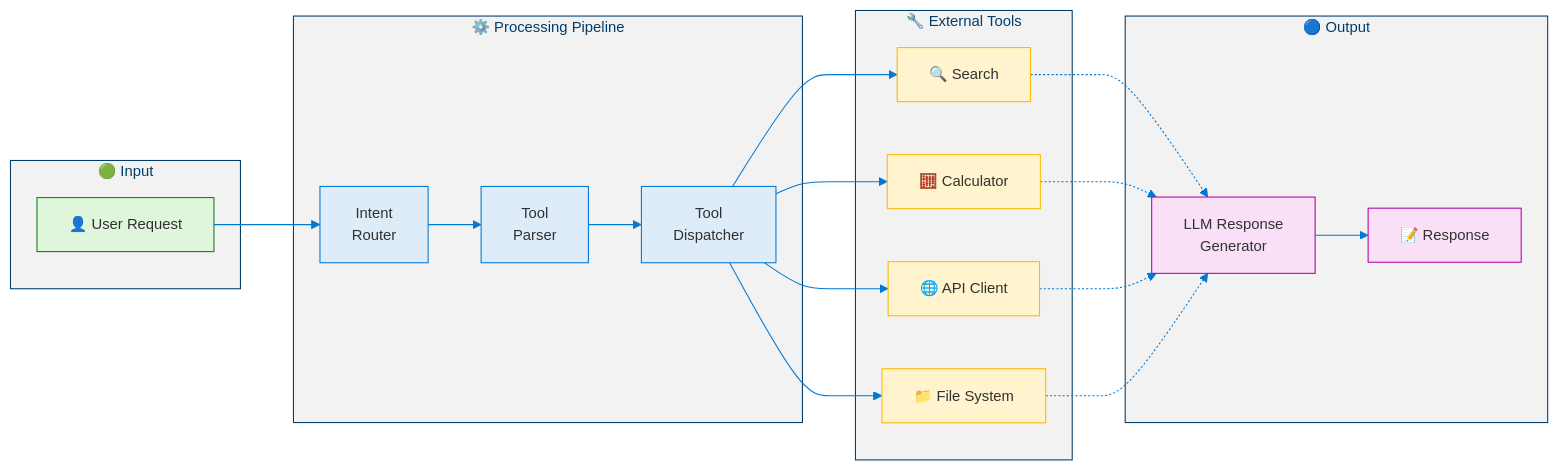
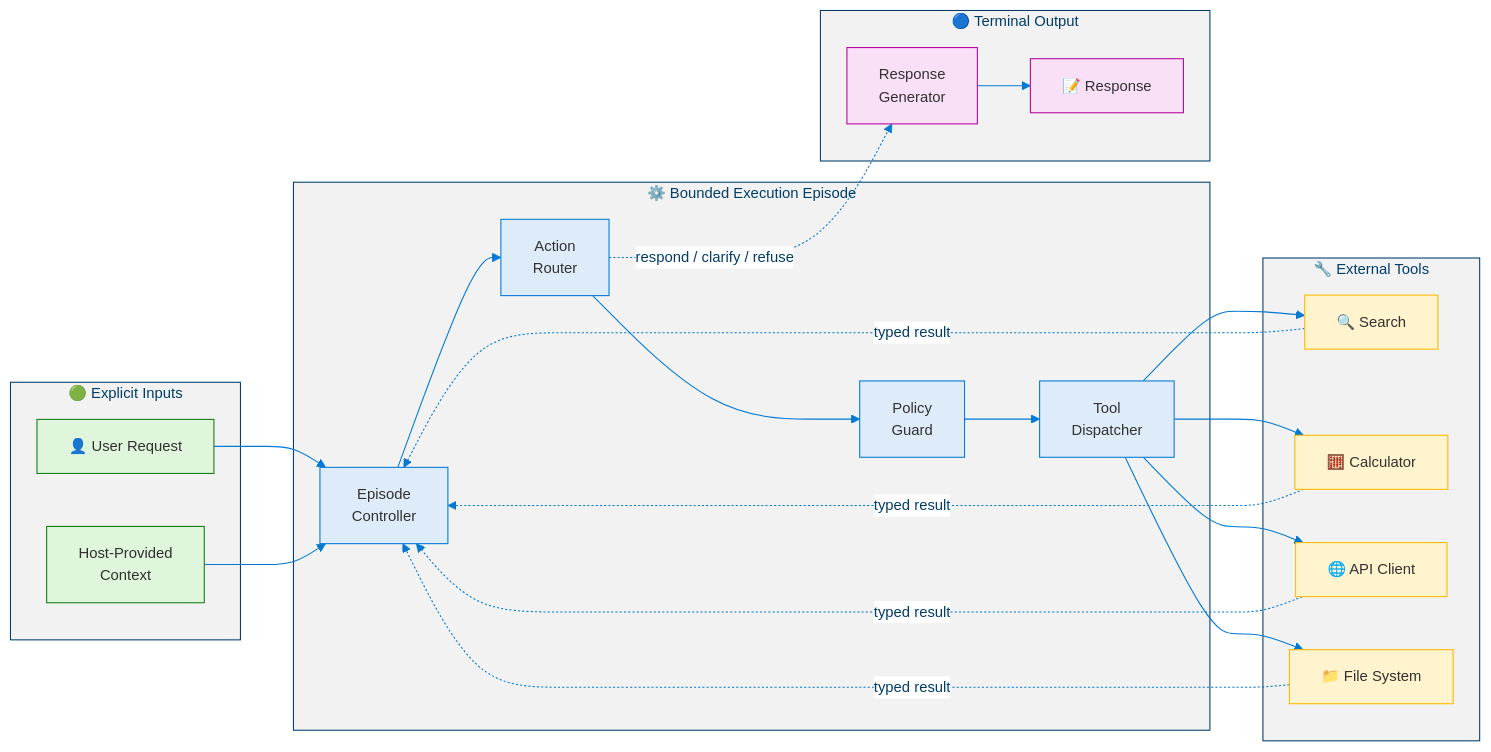
Before and after one commit to dotnetpower/mscp: the first of 7 diagrams in docs/levels/Level_1_Tool_Agent.md, drawn with Mermaid. The commit also changed other lines of this file and 21 other files, not shown here.

````diff
--- a/docs/levels/Level_1_Tool_Agent.md
+++ b/docs/levels/Level_1_Tool_Agent.md
@@ -109,40 +123,43 @@
 ```mermaid
 %%{init: {'theme': 'base', 'themeVariables': {'primaryColor': '#0078D4', 'primaryTextColor': '#003D6B', 'primaryBorderColor': '#003D6B', 'secondaryColor': '#50E6FF', 'secondaryTextColor': '#323130', 'secondaryBorderColor': '#00BCF2', 'tertiaryColor': '#F2F2F2', 'tertiaryTextColor': '#323130', 'lineColor': '#0078D4', 'textColor': '#323130', 'mainBkg': '#DEECF9', 'nodeBorder': '#0078D4', 'clusterBkg': '#F2F2F2', 'clusterBorder': '#003D6B', 'titleColor': '#003D6B', 'edgeLabelBackground': '#FFFFFF', 'fontSize': '14px'}}}%%
 flowchart LR
   classDef input fill:#107C10,stroke:#085108,color:#FFF
   classDef inputLight fill:#DFF6DD,stroke:#107C10,color:#323130
   classDef process fill:#0078D4,stroke:#003D6B,color:#FFF
   classDef processLight fill:#DEECF9,stroke:#0078D4,color:#323130
   classDef tool fill:#FFB900,stroke:#CC9400,color:#323130
   classDef toolLight fill:#FFF4CE,stroke:#FFB900,color:#323130
   classDef output fill:#B4009E,stroke:#8A0076,color:#FFF
   classDef outputLight fill:#F9E0F7,stroke:#B4009E,color:#323130
 
-  subgraph Input["🟢 Input"]
+  subgraph Input["🟢 Explicit Inputs"]
     U["👤 User Request"]:::inputLight
+    C["Host-Provided<br/>Context"]:::inputLight
   end
 
-  subgraph Processing["⚙️ Processing Pipeline"]
-    IR["Intent<br/>Router"]:::processLight
-    TP["Tool<br/>Parser"]:::processLight
+  subgraph Processing["⚙️ Bounded Execution Episode"]
+    EC["Episode<br/>Controller"]:::processLight
+    AR["Action<br/>Router"]:::processLight
+    PG["Policy<br/>Guard"]:::processLight
     TD["Tool<br/>Dispatcher"]:::processLight
-    IR --> TP --> TD
+    EC --> AR --> PG --> TD
   end
 
   subgraph Tools["🔧 External Tools"]
     T1["🔍 Search"]:::toolLight
     T2["🧮 Calculator"]:::toolLight
     T3["🌐 API Client"]:::toolLight
     T4["📁 File System"]:::toolLight
   end
 
-  subgraph Output["🔵 Output"]
-    LLM["LLM Response<br/>Generator"]:::outputLight
+  subgraph Output["🔵 Terminal Output"]
+    LLM["Response<br/>Generator"]:::outputLight
     R["📝 Response"]:::outputLight
     LLM --> R
   end
 
-  U --> IR
+  U & C --> EC
   TD --> T1 & T2 & T3 & T4
-  T1 & T2 & T3 & T4 -.-> LLM
+  T1 & T2 & T3 & T4 -. "typed result" .-> EC
+  AR -. "respond / clarify / refuse" .-> LLM
 ```
````
